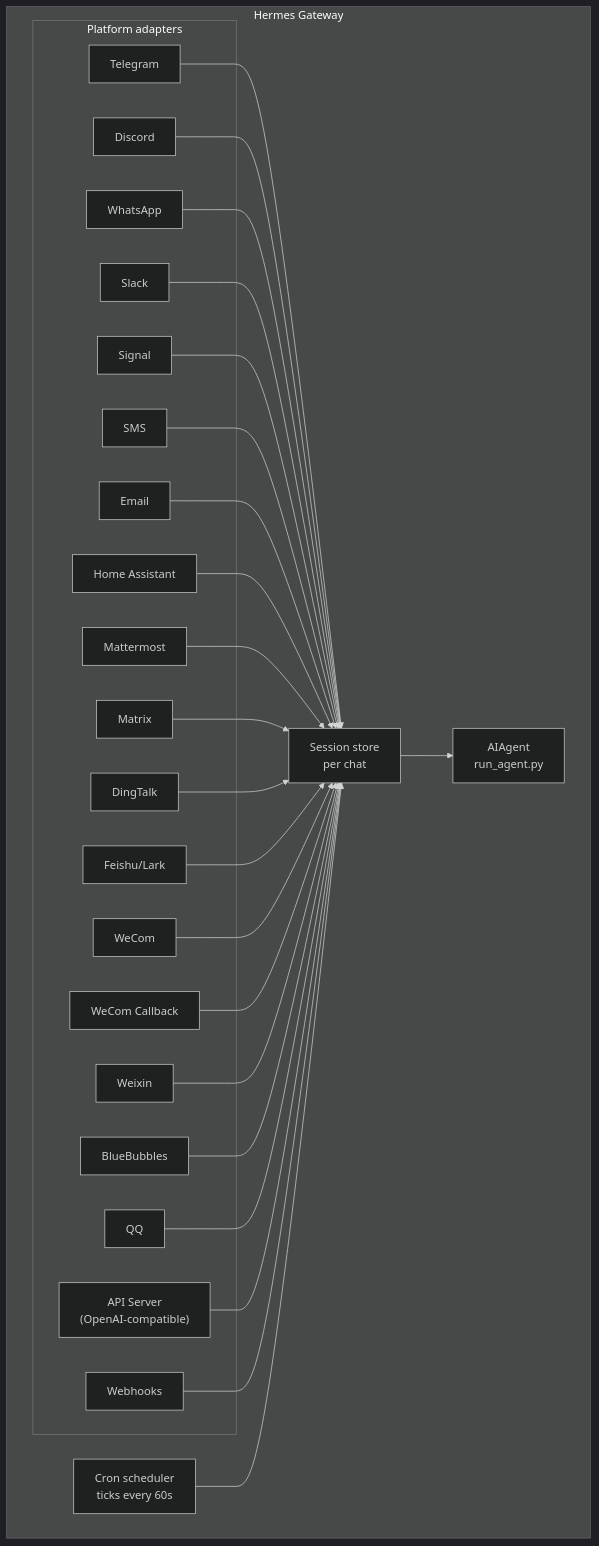
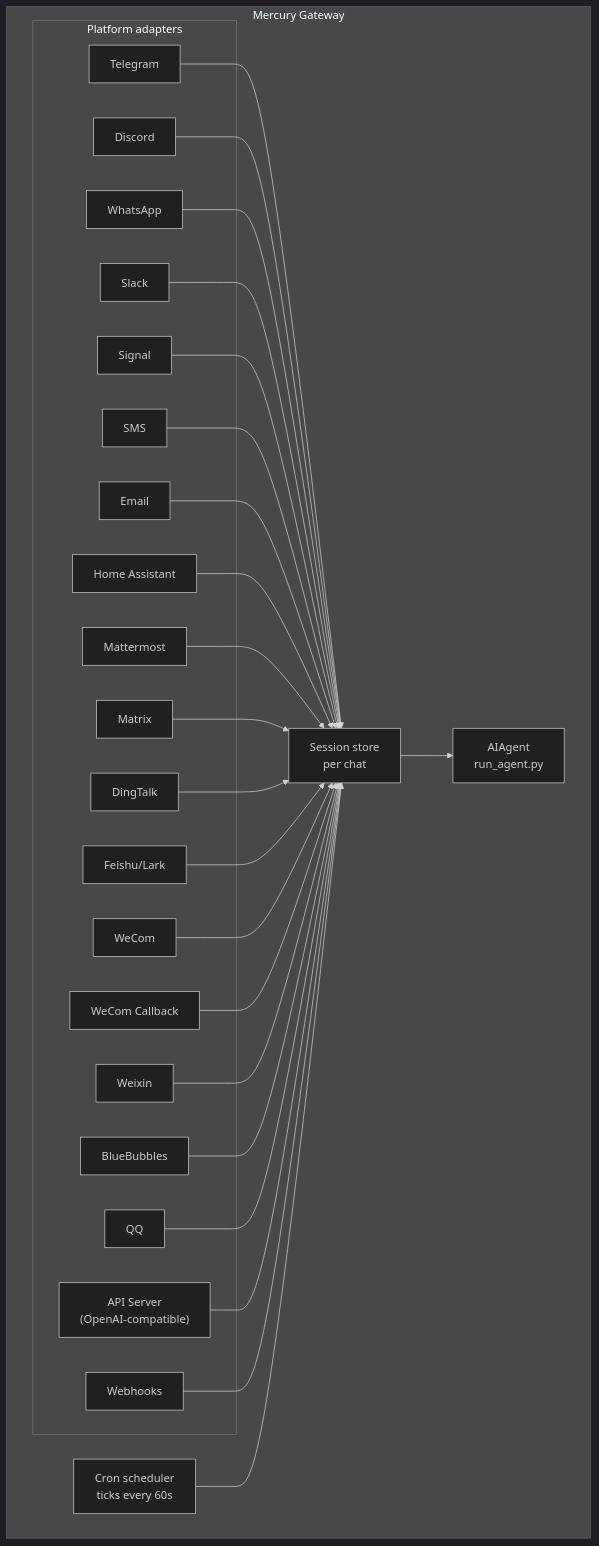
The diagram in website/docs/user-guide/messaging/index.md (AlexiosBluffMara/mercury), drawn with Mermaid (dark theme) before and after one commit. The commit also changed other lines of this file and 1562 other files, not shown here.

````diff
--- a/website/docs/user-guide/messaging/index.md
+++ b/website/docs/user-guide/messaging/index.md
@@ -39,52 +39,52 @@
 ```mermaid
 flowchart TB
-    subgraph Gateway["Hermes Gateway"]
+    subgraph Gateway["Mercury Gateway"]
         subgraph Adapters["Platform adapters"]
             tg[Telegram]
             dc[Discord]
             wa[WhatsApp]
             sl[Slack]
             sig[Signal]
             sms[SMS]
             em[Email]
             ha[Home Assistant]
             mm[Mattermost]
             mx[Matrix]
             dt[DingTalk]
     fs[Feishu/Lark]
     wc[WeCom]
     wcb[WeCom Callback]
     wx[Weixin]
     bb[BlueBubbles]
     qq[QQ]
             api["API Server<br/>(OpenAI-compatible)"]
             wh[Webhooks]
         end
 
         store["Session store<br/>per chat"]
         agent["AIAgent<br/>run_agent.py"]
         cron["Cron scheduler<br/>ticks every 60s"]
     end
 
     tg --> store
     dc --> store
     wa --> store
     sl --> store
     sig --> store
     sms --> store
     em --> store
     ha --> store
     mm --> store
     mx --> store
     dt --> store
     fs --> store
     wc --> store
     wcb --> store
     wx --> store
     bb --> store
     qq --> store
     api --> store
     wh --> store
     store --> agent
     cron --> store
 ```
````
